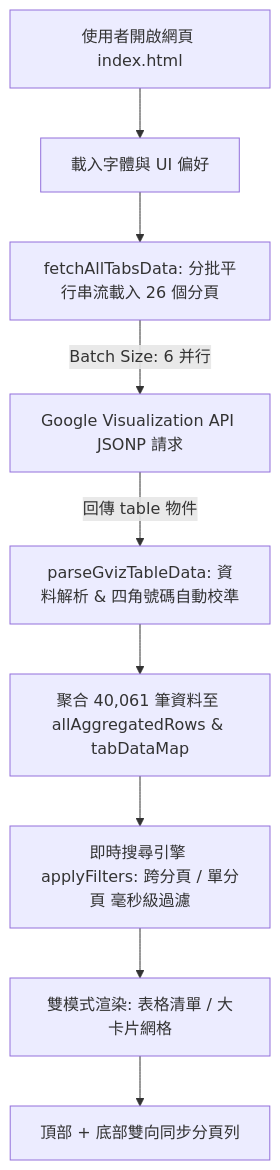
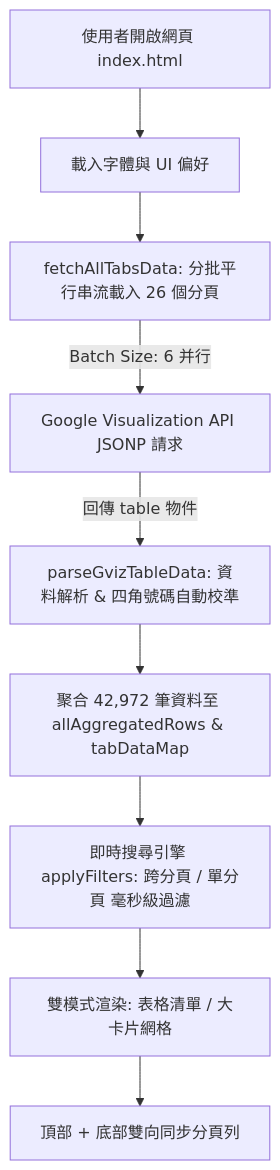
The diagram in PROJECT_MEMORY.md (jillytsai/trans_name), drawn with Mermaid before and after one commit. The commit also changed other lines of this file and 6 other files, not shown here.

````diff
--- a/PROJECT_MEMORY.md
+++ b/PROJECT_MEMORY.md
@@ -66,11 +67,11 @@
 ```mermaid
 flowchart TD
     A[使用者開啟網頁 index.html] --> B[載入字體與 UI 偏好]
     B --> C[fetchAllTabsData: 分批平行串流載入 26 個分頁]
     C -->|Batch Size: 6 并行| D[Google Visualization API JSONP 請求]
     D -->|回傳 table 物件| E[parseGvizTableData: 資料解析 & 四角號碼自動校準]
-    E --> F[聚合 40,061 筆資料至 allAggregatedRows & tabDataMap]
+    E --> F[聚合 42,972 筆資料至 allAggregatedRows & tabDataMap]
     F --> G[即時搜尋引擎 applyFilters: 跨分頁 / 單分頁 毫秒級過濾]
     G --> H[雙模式渲染: 表格清單 / 大卡片網格]
     H --> I[頂部 + 底部雙向同步分頁列]
 ```
````
